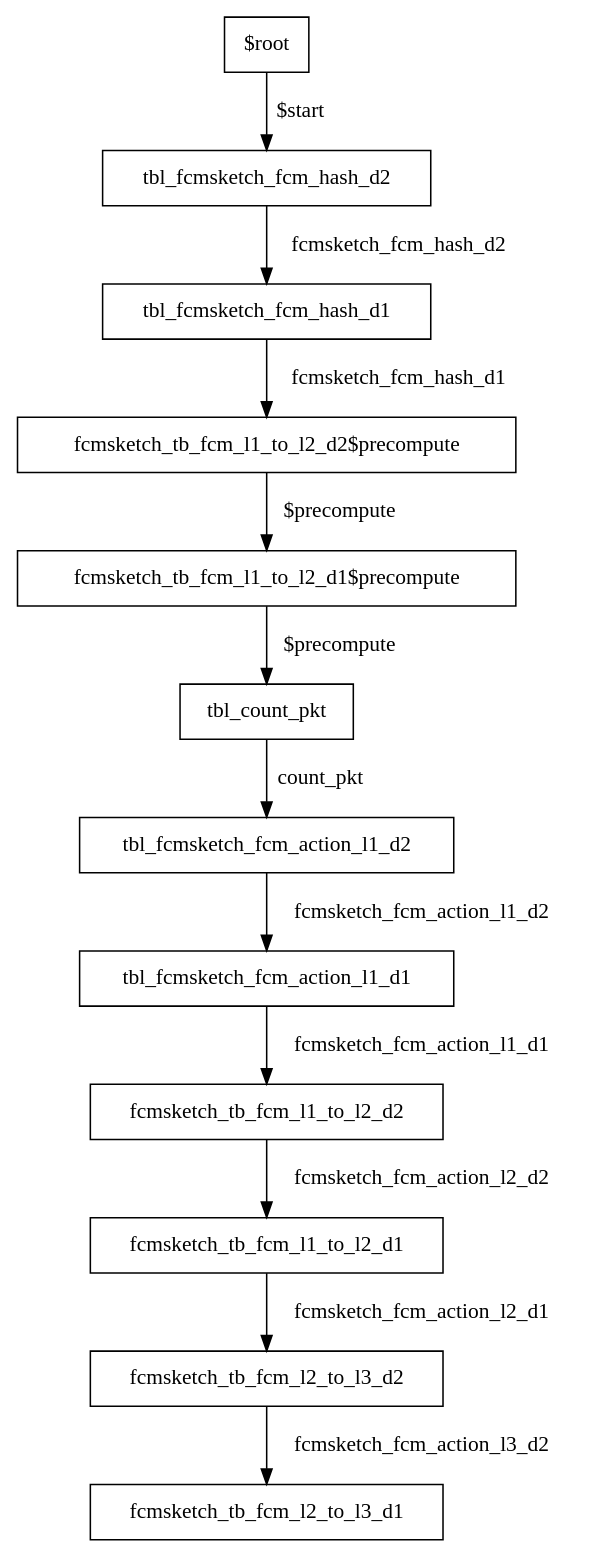
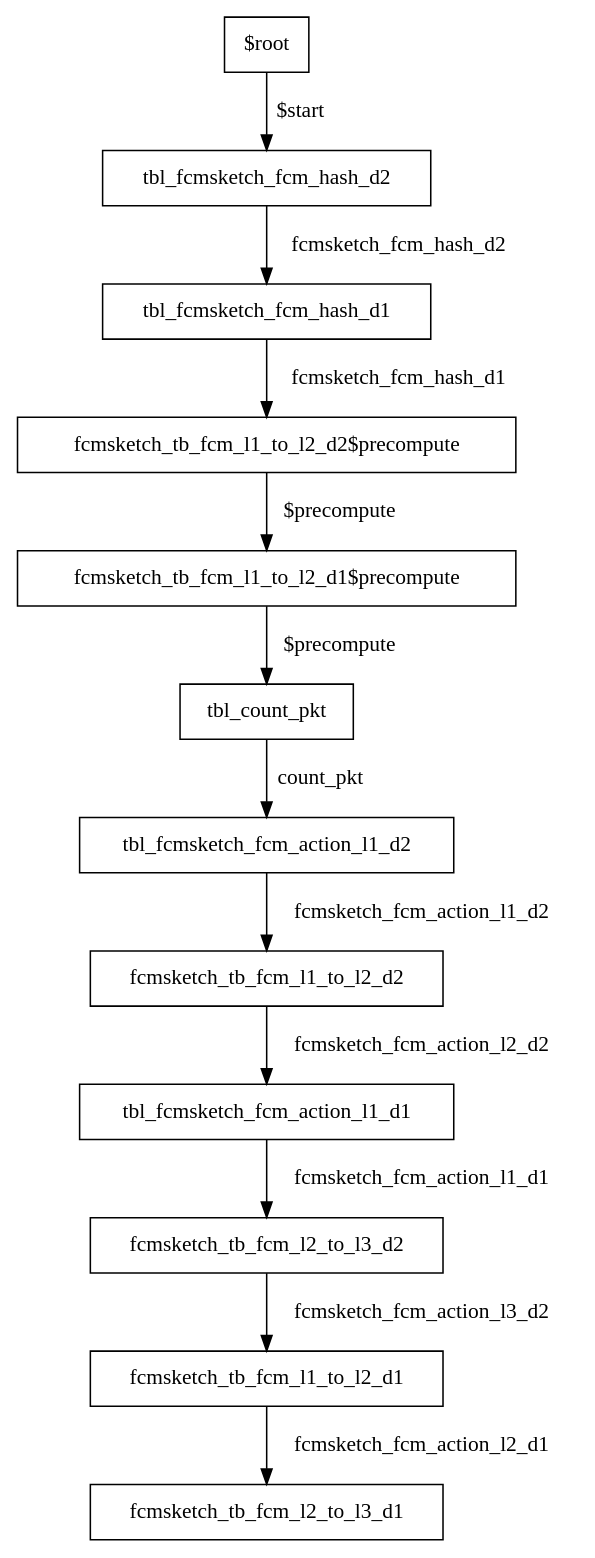
The diagram in waterfall-fcm-srctuple/waterfall_fcm/tofino/pipe/graphs/egress.power.dot (joepboumans/waterfall-table), drawn with Graphviz before and after one commit. The commit also changed 41 other files, not shown here.

```diff
--- a/waterfall-fcm-srctuple/waterfall_fcm/tofino/pipe/graphs/egress.power.dot
+++ b/waterfall-fcm-srctuple/waterfall_fcm/tofino/pipe/graphs/egress.power.dot
@@ -1,25 +1,25 @@
 digraph egress {
 0 [label="$root" shape=box color="black"];
-9 [label="fcmsketch_tb_fcm_l1_to_l2_d1" shape=box color="black"];
+10 [label="fcmsketch_tb_fcm_l1_to_l2_d1" shape=box color="black"];
 4 [label="fcmsketch_tb_fcm_l1_to_l2_d1$precompute" shape=box color="black"];
-8 [label="fcmsketch_tb_fcm_l1_to_l2_d2" shape=box color="black"];
+7 [label="fcmsketch_tb_fcm_l1_to_l2_d2" shape=box color="black"];
 3 [label="fcmsketch_tb_fcm_l1_to_l2_d2$precompute" shape=box color="black"];
 11 [label="fcmsketch_tb_fcm_l2_to_l3_d1" shape=box color="black"];
-10 [label="fcmsketch_tb_fcm_l2_to_l3_d2" shape=box color="black"];
+9 [label="fcmsketch_tb_fcm_l2_to_l3_d2" shape=box color="black"];
 5 [label="tbl_count_pkt" shape=box color="black"];
-7 [label="tbl_fcmsketch_fcm_action_l1_d1" shape=box color="black"];
+8 [label="tbl_fcmsketch_fcm_action_l1_d1" shape=box color="black"];
 6 [label="tbl_fcmsketch_fcm_action_l1_d2" shape=box color="black"];
 2 [label="tbl_fcmsketch_fcm_hash_d1" shape=box color="black"];
 1 [label="tbl_fcmsketch_fcm_hash_d2" shape=box color="black"];
 0-> 1 [label="$start" color="black"];
-9-> 10 [label="fcmsketch_fcm_action_l2_d1" color="black"];
+10-> 11 [label="fcmsketch_fcm_action_l2_d1" color="black"];
 4-> 5 [label="$precompute" color="black"];
-8-> 9 [label="fcmsketch_fcm_action_l2_d2" color="black"];
+7-> 8 [label="fcmsketch_fcm_action_l2_d2" color="black"];
 3-> 4 [label="$precompute" color="black"];
-10-> 11 [label="fcmsketch_fcm_action_l3_d2" color="black"];
+9-> 10 [label="fcmsketch_fcm_action_l3_d2" color="black"];
 5-> 6 [label="count_pkt" color="black"];
-7-> 8 [label="fcmsketch_fcm_action_l1_d1" color="black"];
+8-> 9 [label="fcmsketch_fcm_action_l1_d1" color="black"];
 6-> 7 [label="fcmsketch_fcm_action_l1_d2" color="black"];
 2-> 3 [label="fcmsketch_fcm_hash_d1" color="black"];
 1-> 2 [label="fcmsketch_fcm_hash_d2" color="black"];
 }
```
